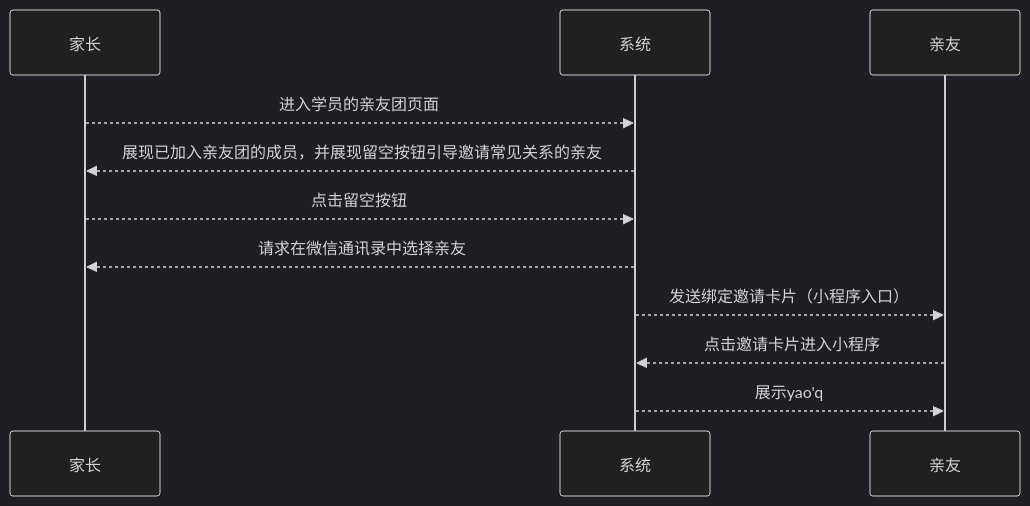
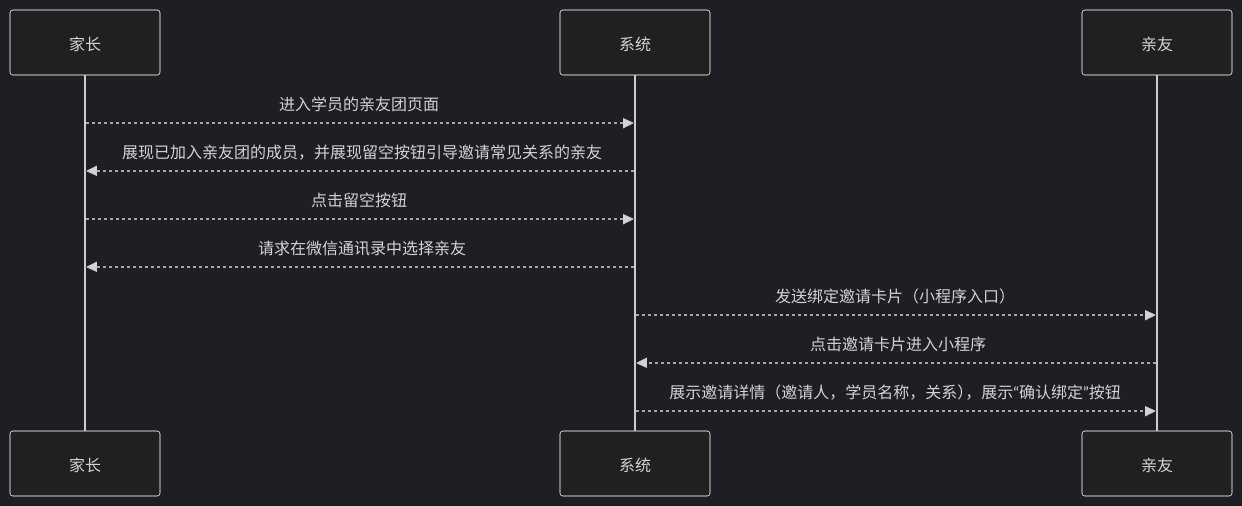
One commit to world-wide-web/sign changed the first of 2 diagrams in 用例/家长-学员关系绑定.md. Above: the diagram before and after it, drawn with Mermaid (dark theme). The commit also changed other lines of this file, not shown here.

Commit message:
用例/家长-学员关系绑定.md updated from https://stackedit.io/

````diff
--- a/用例/家长-学员关系绑定.md
+++ b/用例/家长-学员关系绑定.md
@@ -10,18 +10,18 @@
 ```mermaid
 sequenceDiagram
 
 家长-->>系统: 进入学员的亲友团页面
 
 系统-->>家长: 展现已加入亲友团的成员，并展现留空按钮引导邀请常见关系的亲友
 
 家长-->>系统: 点击留空按钮
 
 系统-->>家长: 请求在微信通讯录中选择亲友
 
 系统-->>亲友: 发送绑定邀请卡片（小程序入口）
 
 亲友-->>系统: 点击邀请卡片进入小程序
 
-系统-->>亲友: 展示yao'q
+系统-->>亲友: 展示邀请详情（邀请人，学员名称，关系），展示“确认绑定”按钮
 
 ```
````
